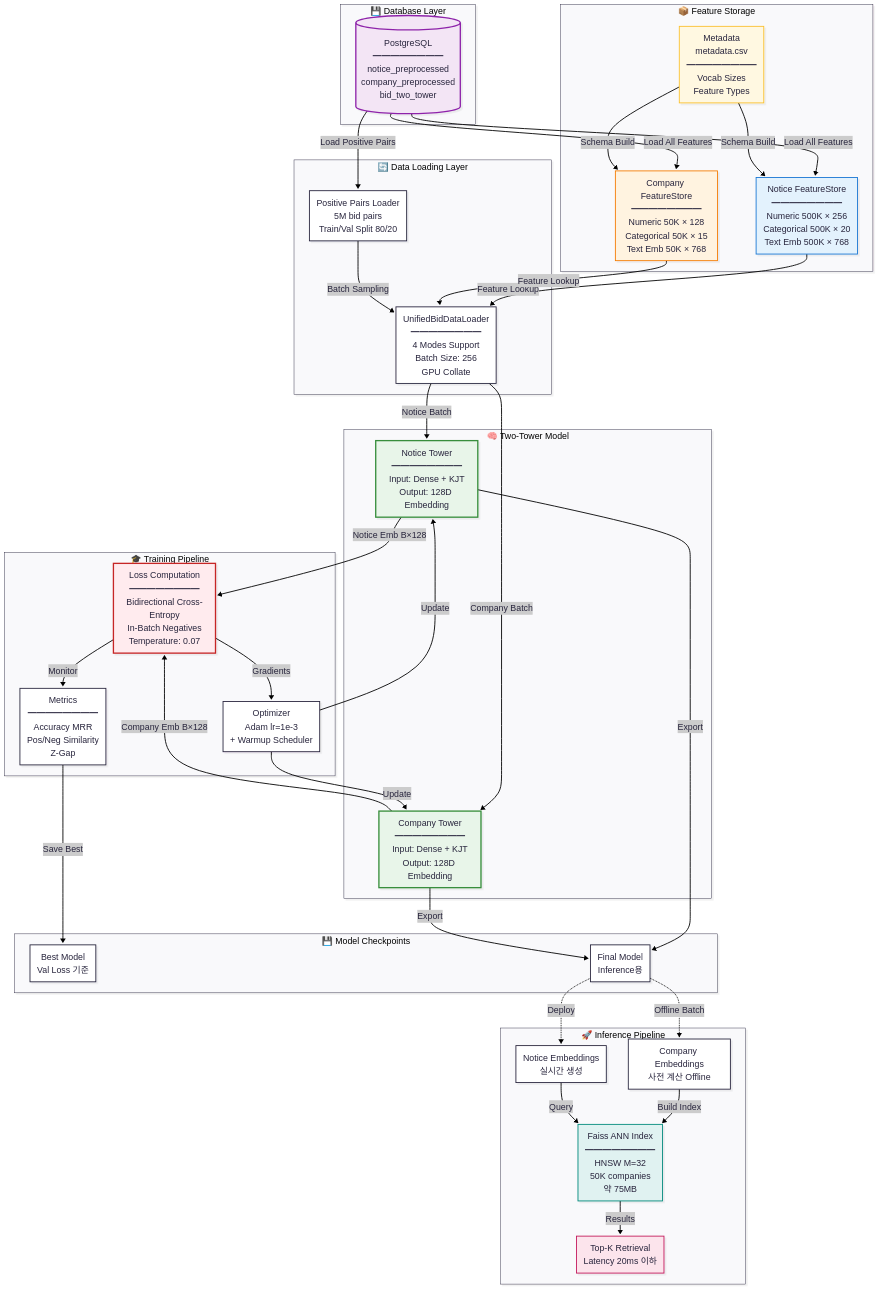
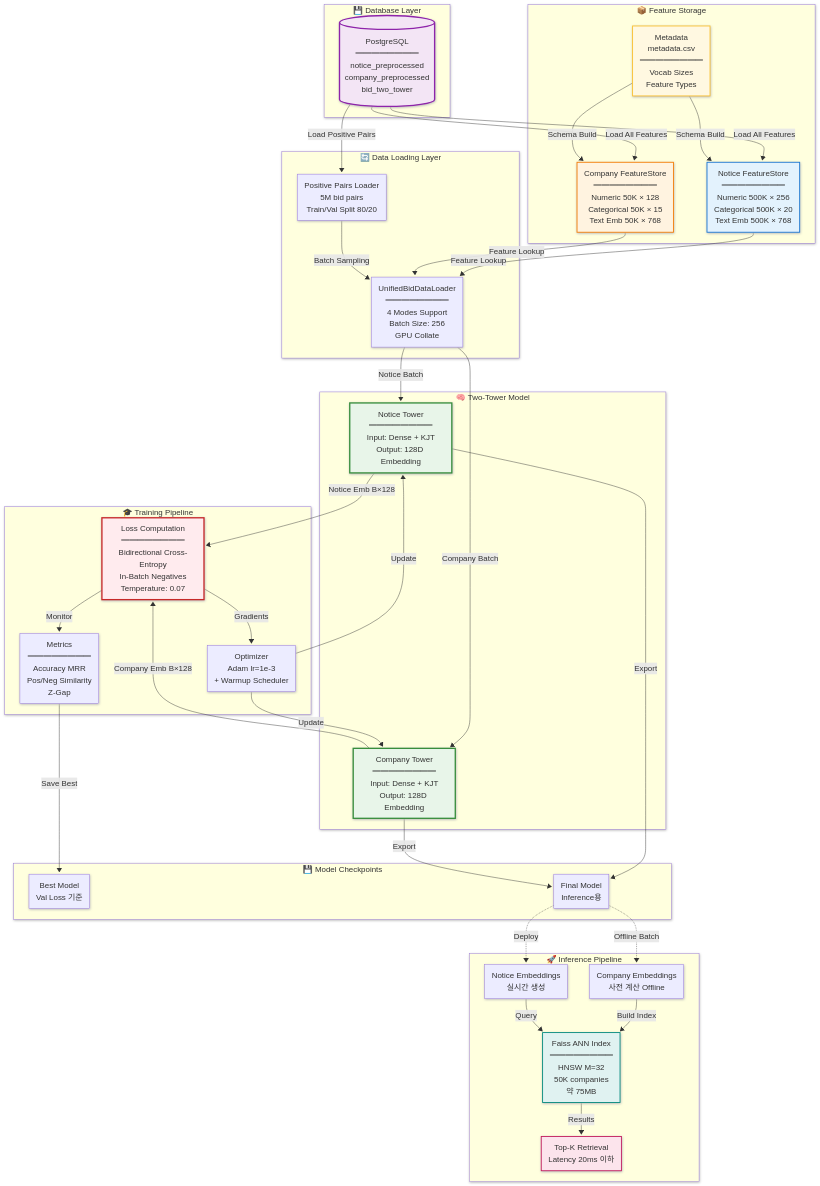
The diagram in DESIGN_DOCUMENT.md (zoongahn/jodalroB-twoTower), drawn with Mermaid before and after one commit. The commit also changed 60 other files, not shown here.

```diff
--- a/DESIGN_DOCUMENT.md
+++ b/DESIGN_DOCUMENT.md
@@ -71,9 +71,9 @@
 config:
     layout: fixed
     look: neo
-    theme: redux
+    theme: default
     themeVariables:
-        fontSize: 20px
+        fontSize: 18px
 ---
 flowchart TB
     subgraph DATABASE["💾 Database Layer"]
```
